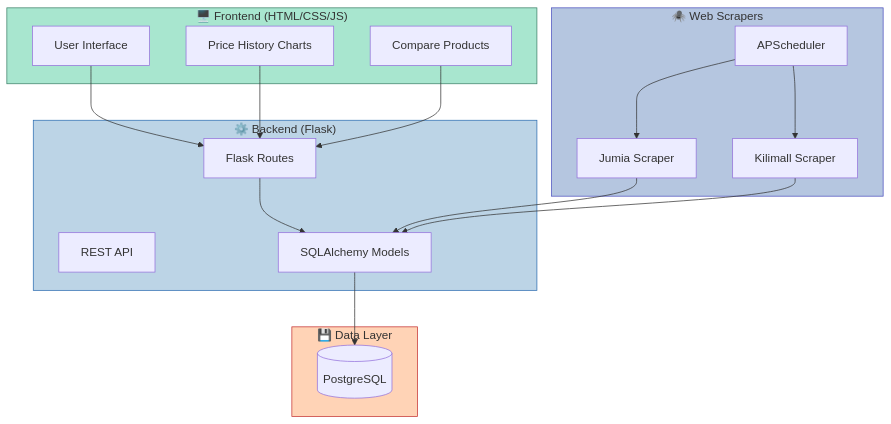
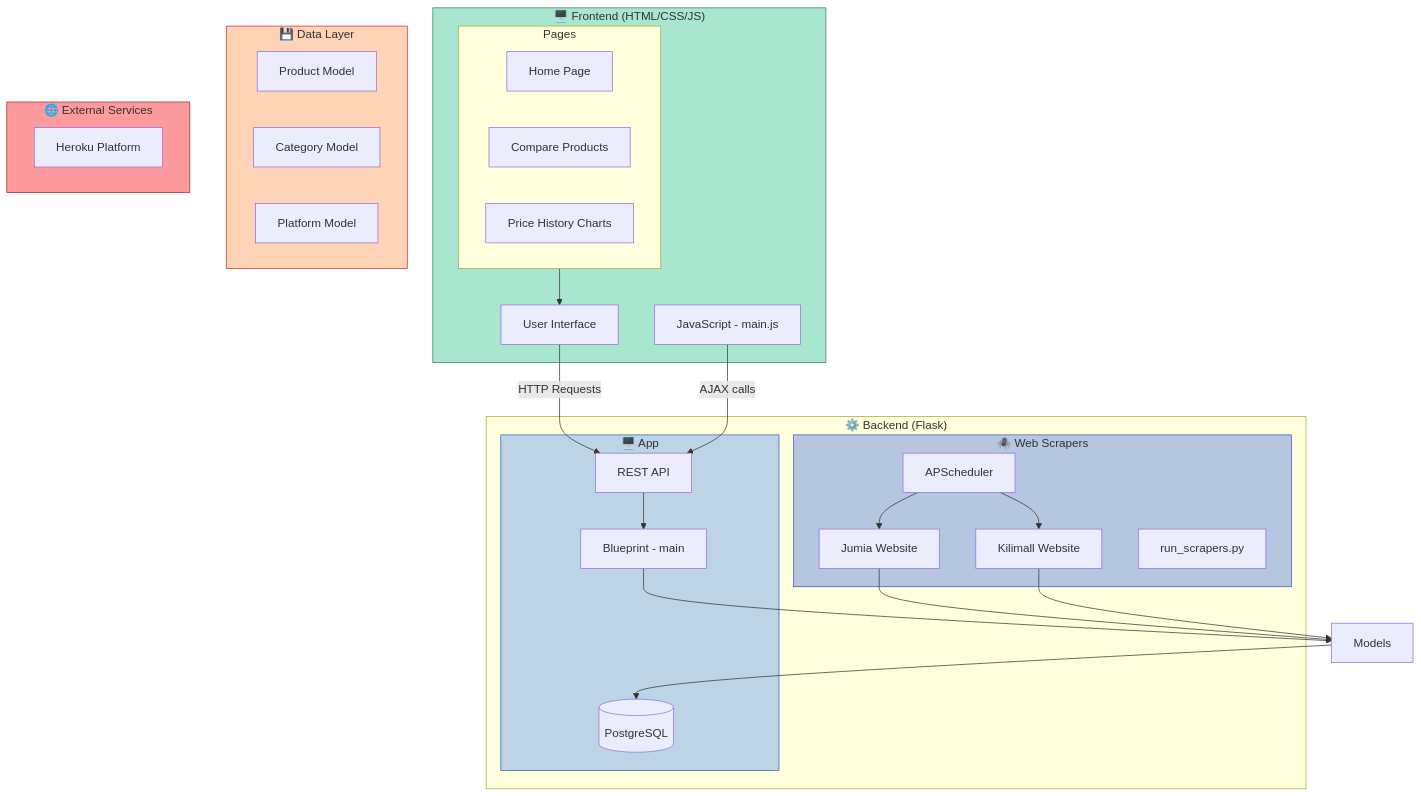
One commit to wawi-m/wpp-price_tracker changed the first of 2 diagrams in doc/architecture.md. Above: the diagram before and after it, drawn with Mermaid.

Commit message:
update architecture connections

````diff
--- a/doc/architecture.md
+++ b/doc/architecture.md
@@ -7,38 +7,56 @@
 ```mermaid
 graph TB
     subgraph Frontend ["🖥️ Frontend (HTML/CSS/JS)"]
         style Frontend fill:#a8e6cf,stroke:#3d8168
         UI[User Interface]
-        Charts[Price History Charts]
-        Compare[Compare Products]
+        subgraph Pages[Pages]
+            HP[Home Page]
+            CP[Compare Products]
+            PH[Price History Charts]
+        end
+        JS[JavaScript - main.js]
     end
 
     subgraph Backend ["⚙️ Backend (Flask)"]
-        style Backend fill:#bcd4e6,stroke:#2b6cb0
+        subgraph App["🖥️ App"]
+        style App fill:#bcd4e6,stroke:#2b6cb0
         API[REST API]
-        Routes[Flask Routes]
-        Models[SQLAlchemy Models]
+        BP[Blueprint - main]
+        DB[(PostgreSQL)]
+        end     
+
+        subgraph Scrapers ["🕷️ Web Scrapers"]
+            style Scrapers fill:#b5c6e0,stroke:#4c51bf
+            Jumia[Jumia Scraper]
+            Kilimall[Kilimall Scraper]
+            RunScrapers[run_scrapers.py]
+            Scheduler[APScheduler]
+        end
     end
 
     subgraph Data ["💾 Data Layer"]
         style Data fill:#ffd3b6,stroke:#c53030
-        PostgreSQL[(PostgreSQL)]
+        PM[Product Model]
+        CM[Category Model]
+        PLM[Platform Model]
     end
 
-    subgraph Scrapers ["🕷️ Web Scrapers"]
-        style Scrapers fill:#b5c6e0,stroke:#4c51bf
-        Jumia[Jumia Scraper]
-        Kilimall[Kilimall Scraper]
-        Scheduler[APScheduler]
+    subgraph ExternalServices ["🌐 External Services"]
+        style ExternalServices fill:#ff9a9e,stroke:#9b2c2c
+        Jumia[Jumia Website]
+        Kilimall[Kilimall Website]
+        Heroku[Heroku Platform]
     end
 
-    UI --> Routes
-    Charts --> Routes
-    Compare --> Routes
-    Routes --> Models
-    Models --> PostgreSQL
+
+    Pages --> UI
+    UI --> |HTTP Requests| API
+    JS --> |AJAX calls| API
+    API --> BP
+    BP --> Models
+    Models --> DB
     Scheduler --> Jumia
     Scheduler --> Kilimall
     Jumia --> Models
     Kilimall --> Models
 ```
````
